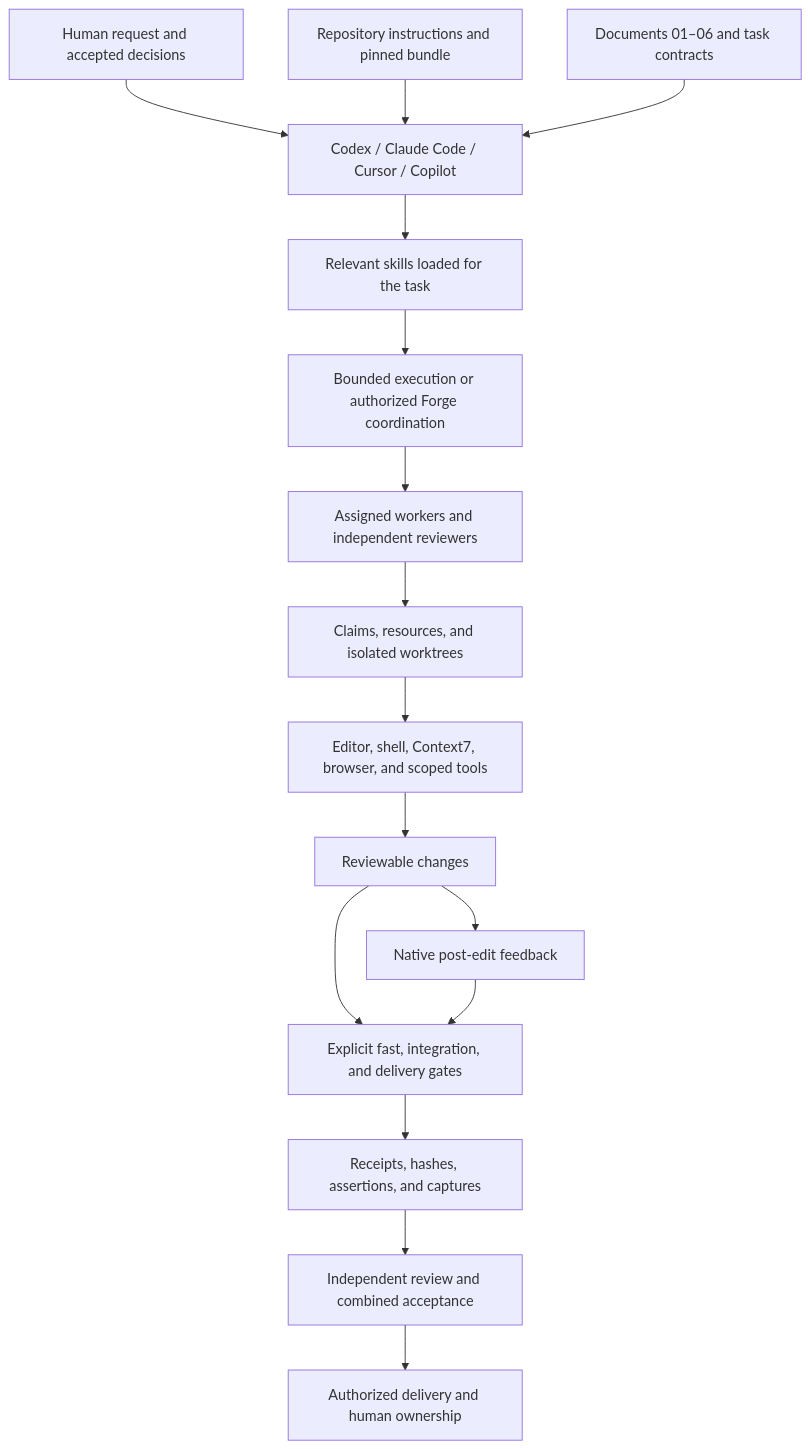
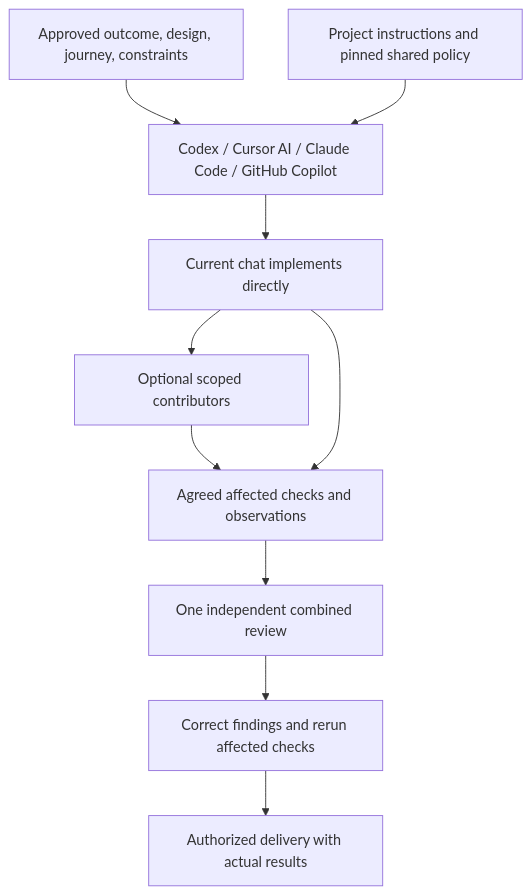
One commit to okfriansyah-moh/spoolIn changed the diagram in docs/07-harness-workflow.md. Above: the diagram before and after it, drawn with Mermaid. The commit also changed other lines of this file and 3 other files, not shown here.

````diff
--- a/docs/07-harness-workflow.md
+++ b/docs/07-harness-workflow.md
@@ -52,18 +43,12 @@
 ```mermaid
 flowchart TD
-    Human["Human request and accepted decisions"] --> Host["Codex / Claude Code / Cursor / Copilot"]
-    Policy["Repository instructions and pinned bundle"] --> Host
-    Sources["Documents 01–06 and task contracts"] --> Host
-    Host --> Skills["Relevant skills loaded for the task"]
-    Skills --> Execution["Bounded execution or authorized Forge coordination"]
-    Execution --> Roles["Assigned workers and independent reviewers"]
-    Roles --> Ownership["Claims, resources, and isolated worktrees"]
-    Ownership --> Tools["Editor, shell, Context7, browser, and scoped tools"]
-    Tools --> Change["Reviewable changes"]
-    Change --> Hooks["Native post-edit feedback"]
-    Change --> Gates["Explicit fast, integration, and delivery gates"]
-    Hooks --> Gates
-    Gates --> Evidence["Receipts, hashes, assertions, and captures"]
-    Evidence --> Review["Independent review and combined acceptance"]
-    Review --> Delivery["Authorized delivery and human ownership"]
+    Request["Approved outcome, design, journey, constraints"] --> Host["Codex / Cursor AI / Claude Code / GitHub Copilot"]
+    Policy["Project instructions and pinned shared policy"] --> Host
+    Host --> Implement["Current chat implements directly"]
+    Implement --> Contributors["Optional scoped contributors"]
+    Contributors --> Checks["Agreed affected checks and observations"]
+    Implement --> Checks
+    Checks --> Review["One independent combined review"]
+    Review --> Fix["Correct findings and rerun affected checks"]
+    Fix --> Delivery["Authorized delivery with actual results"]
 ```
````
